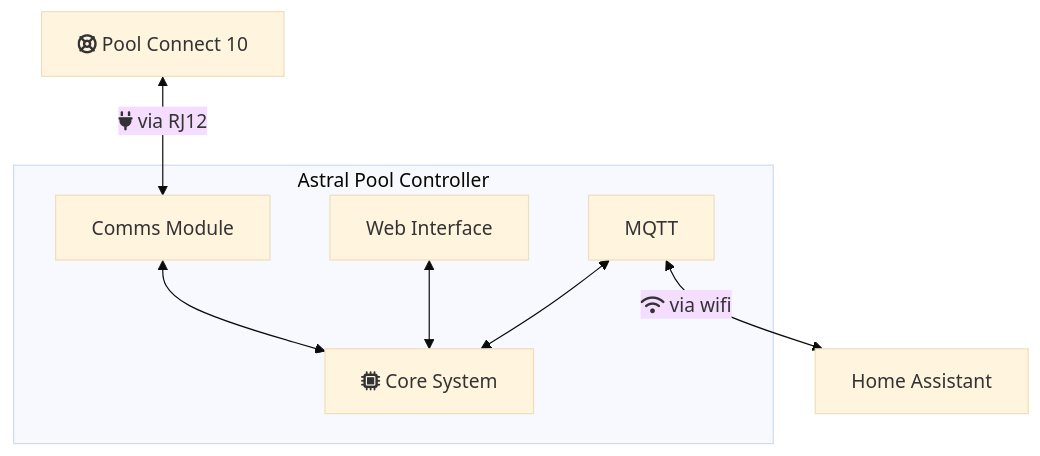
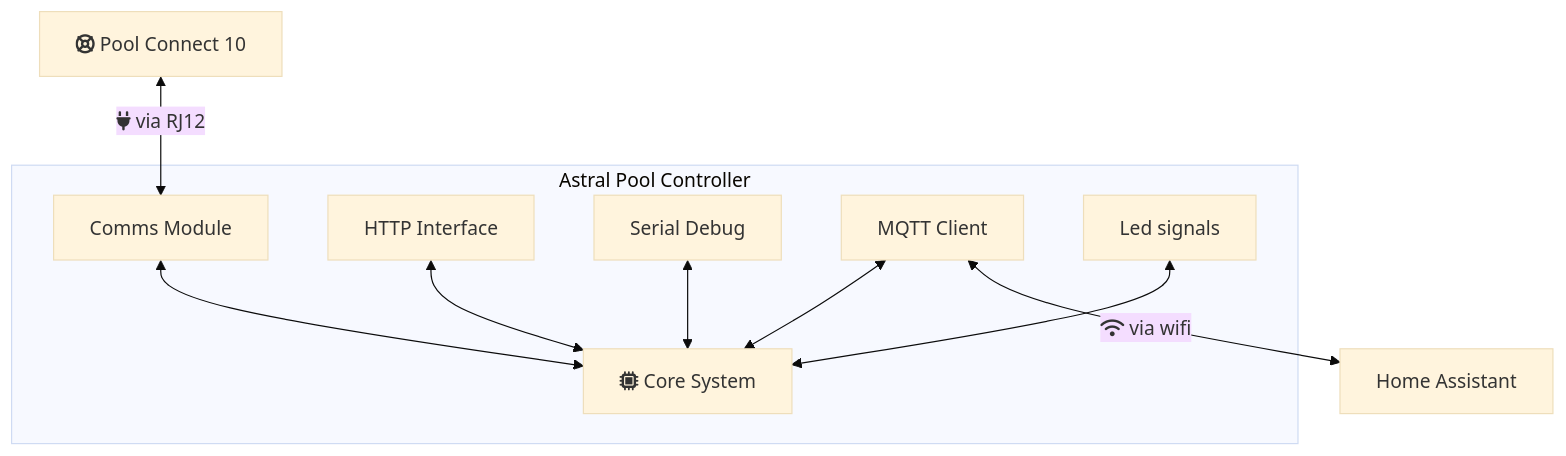
One commit to marklynch/pool-controller-code changed the diagram in README.md. Above: the diagram before and after it, drawn with Mermaid (base theme).

Commit message:
Revise module names and add new components in README
Updated the README to reflect changes in module names and added new components.

````diff
--- a/README.md
+++ b/README.md
@@ -50,20 +50,24 @@
 ```mermaid
 flowchart TD
 
     Pool[fa:fa-life-ring Pool Connect 10]
 
     subgraph Astral Pool Controller
         Comms[Comms Module]
         Core[fa:fa-microchip Core System]
-        Web[Web Interface]
-        MQTT[MQTT]
+        Web[HTTP Interface]
+        Telnet[Serial Debug]
+        MQTT[MQTT Client]
+        LED[Led signals]
     end
 
     HA[Home Assistant]
 
     Pool <-->|fa:fa-plug via RJ12| Comms
     Comms <--> Core
     Web <--> Core
     MQTT <--> Core
+    Telnet <--> Core
+    LED <--> Core
     MQTT <-->|fa:fa-wifi via wifi| HA
 ```
````
